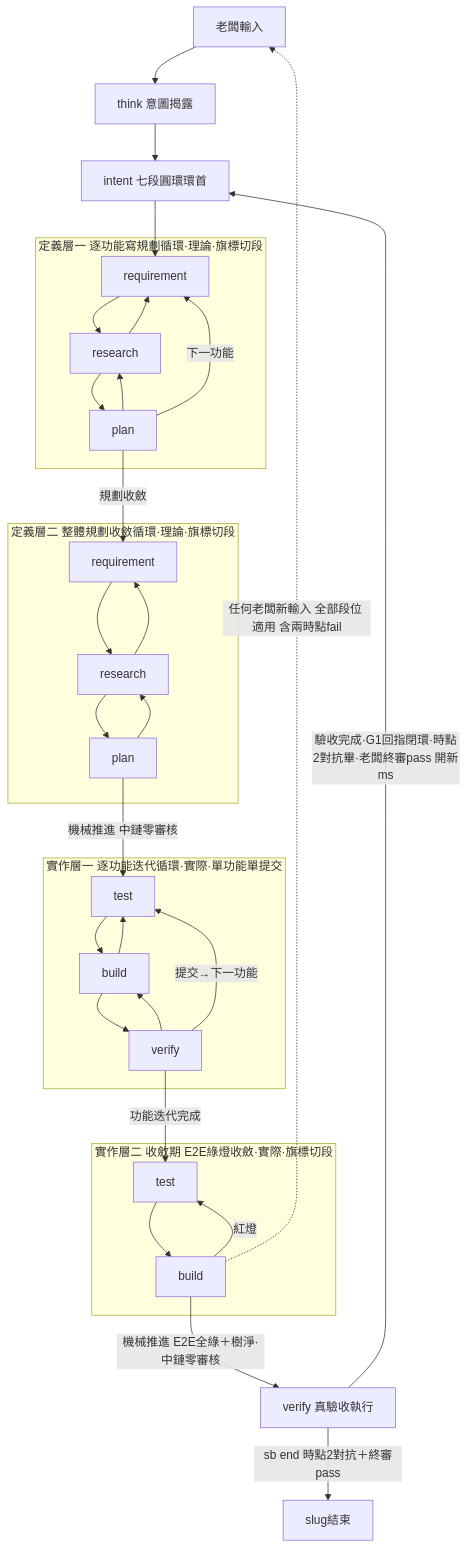
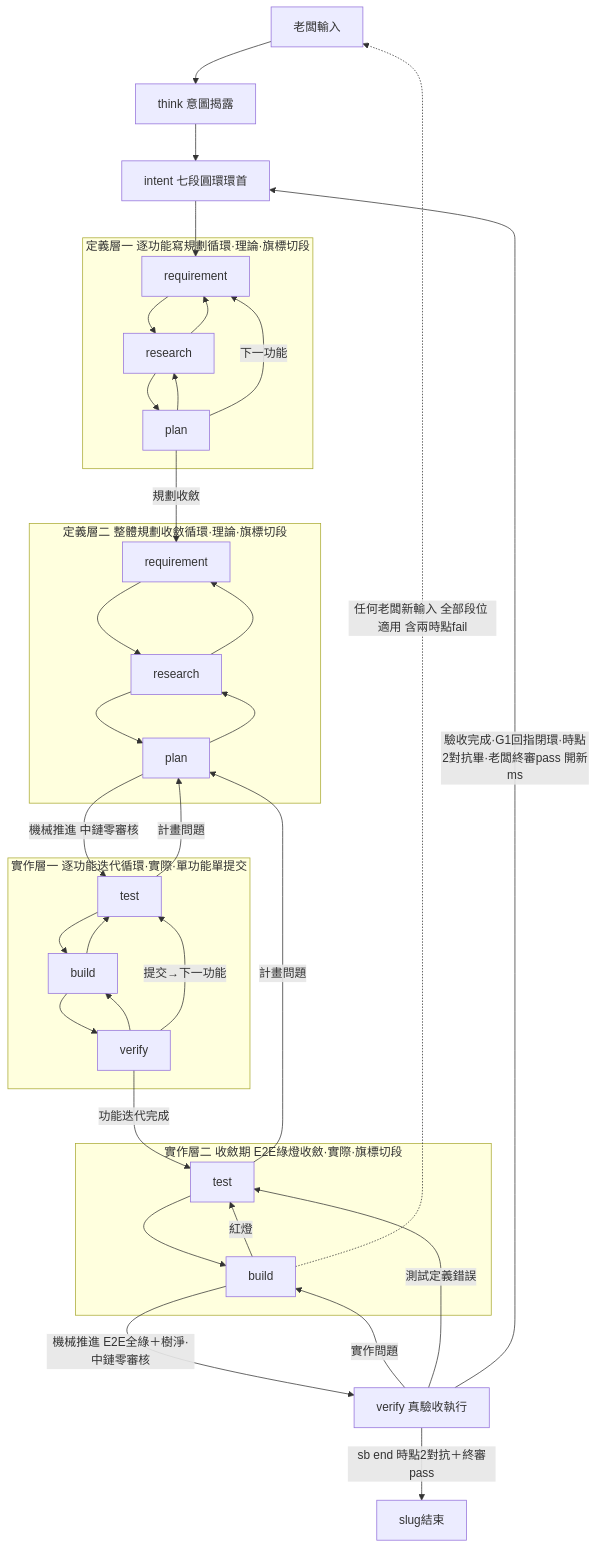
Before and after one commit to teps3105/shiftblame: the first of 2 diagrams in README.md, drawn with Mermaid. The commit also changed other lines of this file and 28 other files, not shown here.

````diff
--- a/README.md
+++ b/README.md
@@ -40,31 +40,35 @@
 ```mermaid
 flowchart TB
     BOSS[老闆輸入] --> THINK[think 意圖揭露]
     THINK --> INTENT[intent 七段圓環環首]
     INTENT --> R
     subgraph DEF1[定義層一 逐功能寫規劃循環·理論·旗標切段]
         R[requirement] --> RS[research] --> P[plan]
         P --> RS --> R
         P -->|下一功能| R
     end
     P -->|規劃收斂| R2
     subgraph DEF2[定義層二 整體規劃收斂循環·理論·旗標切段]
         R2[requirement] --> RS2[research] --> P2[plan]
         P2 --> RS2 --> R2
     end
     P2 -->|機械推進 中鏈零審核| T
+    T -->|計畫問題| P2
     subgraph IMPL1[實作層一 逐功能迭代循環·實際·單功能單提交]
         T[test] --> B[build] --> V[verify]
         V --> B --> T
         V -->|提交→下一功能| T
     end
     V -->|功能迭代完成| T2
+    T2 -->|計畫問題| P2
     subgraph CONV[實作層二 收斂期 E2E綠燈收斂·實際·旗標切段]
         T2[test] --> B2[build]
         B2 -->|紅燈| T2
     end
     B2 -->|機械推進 E2E全綠＋樹淨·中鏈零審核| V3[verify 真驗收執行]
+    V3 -->|實作問題| B2
+    V3 -->|測試定義錯誤| T2
     V3 -->|驗收完成·G1回指閉環·時點2對抗畢·老闆終審pass 開新ms| INTENT
     V3 -->|sb end 時點2對抗＋終審pass| FIN[slug結束]
     B2 -.->|任何老闆新輸入 全部段位 適用 含兩時點fail| BOSS
 ```
````
